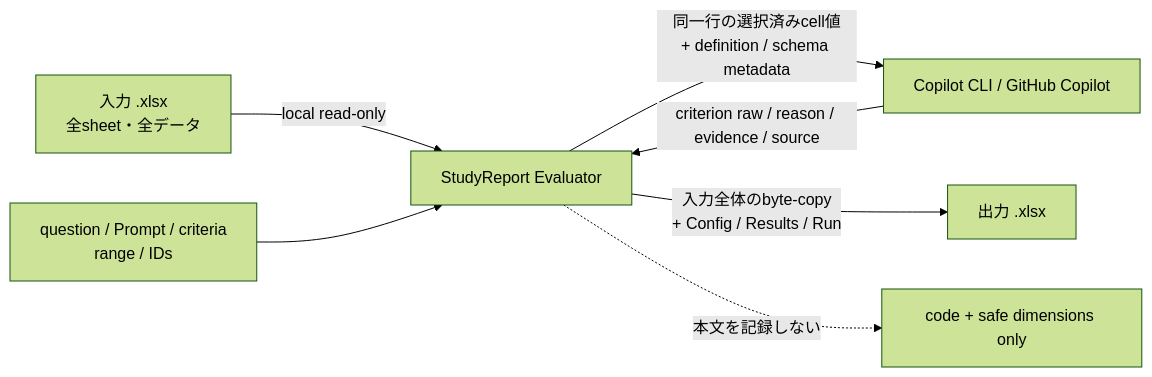
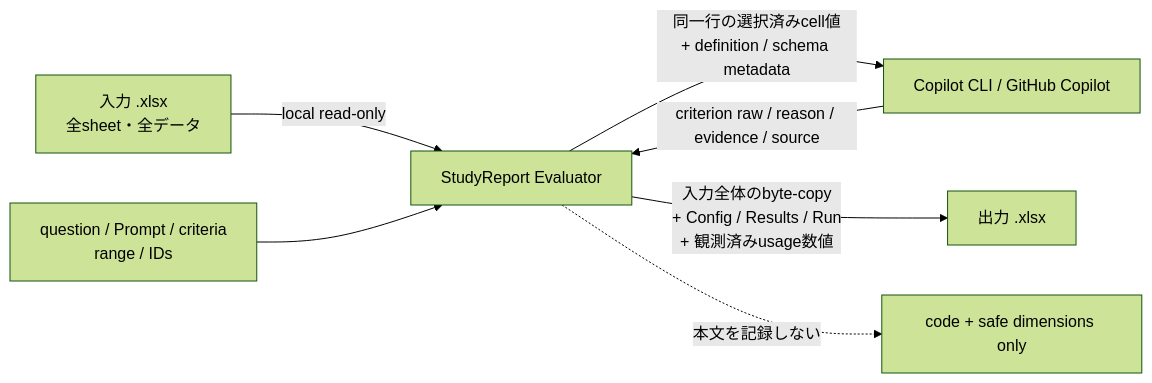
One commit to dahatake/StudyReport-Evaluator changed the diagram in docs/privacy-and-data-handling.md. Above: the diagram before and after it, drawn with Mermaid (forest theme). The commit also changed other lines of this file and 16 other files, not shown here.

````diff
--- a/docs/privacy-and-data-handling.md
+++ b/docs/privacy-and-data-handling.md
@@ -7,9 +7,9 @@
 ```mermaid
 flowchart LR
     IN[入力 .xlsx\n全sheet・全データ] -->|local read-only| APP[StudyReport Evaluator]
     DEF[question / Prompt / criteria\nrange / IDs] --> APP
     APP -->|同一行の選択済みcell値\n+ definition / schema metadata| COPILOT[Copilot CLI / GitHub Copilot]
     COPILOT -->|criterion raw / reason / evidence / source| APP
-    APP -->|入力全体のbyte-copy\n+ Config / Results / Run| OUT[出力 .xlsx]
+    APP -->|入力全体のbyte-copy\n+ Config / Results / Run\n+ 観測済みusage数値| OUT[出力 .xlsx]
     APP -.->|本文を記録しない| LOG[code + safe dimensions only]
 ```
````
